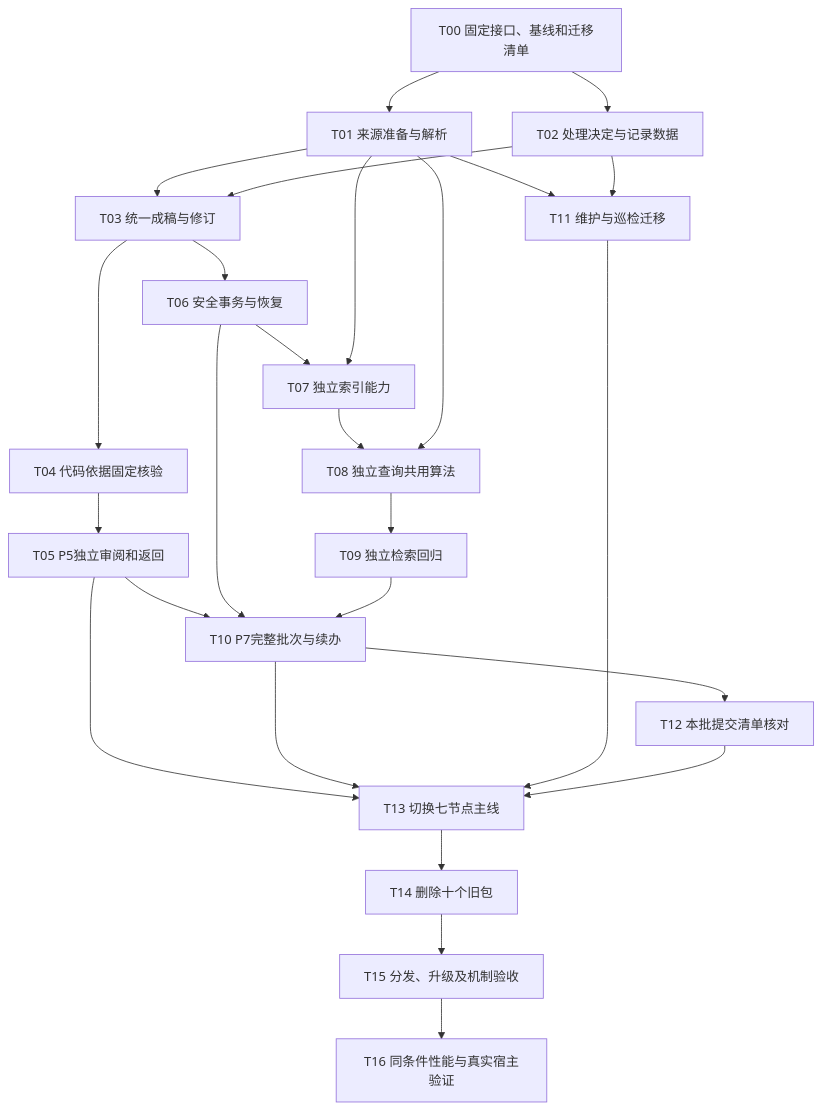
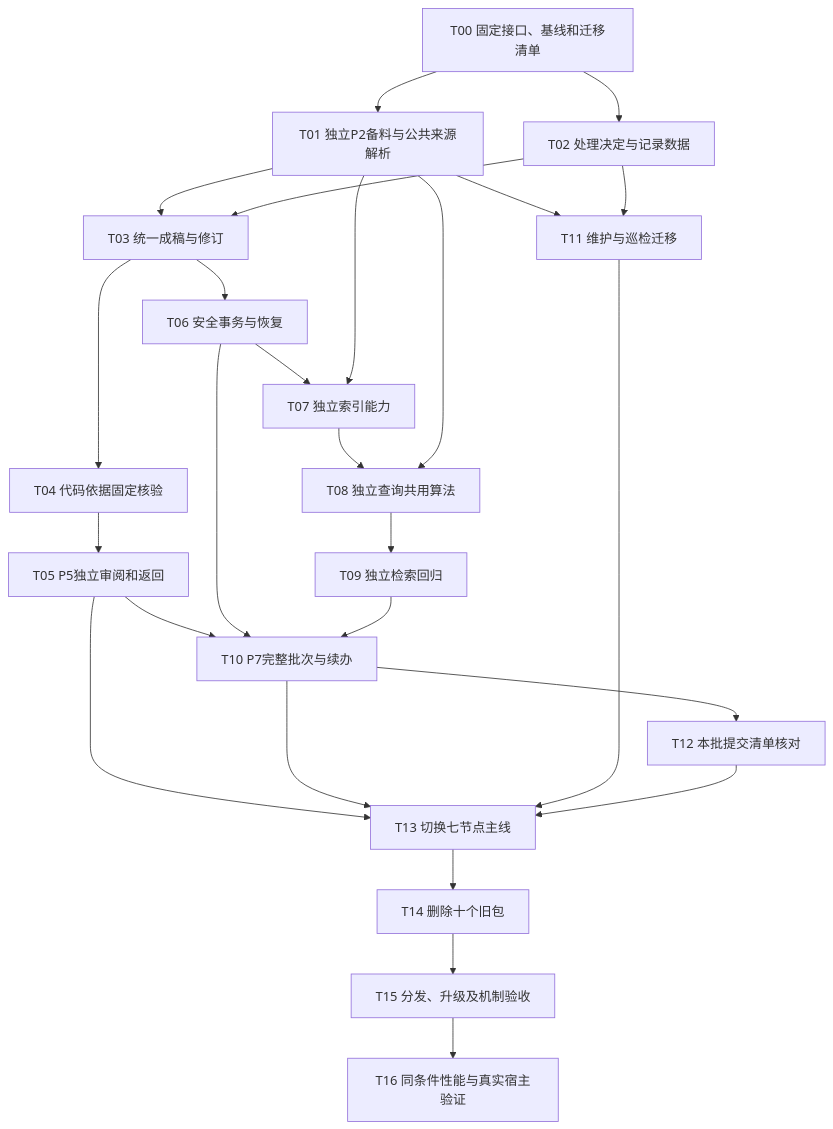
One commit to Robin-hhc/FactumCore changed the diagram in 2026-10-28-ingest-seven-stage-task-plan.md. Above: the diagram before and after it, drawn with Mermaid. The commit also changed other lines of this file and 7 other files, not shown here.

````diff
--- a/2026-10-28-ingest-seven-stage-task-plan.md
+++ b/2026-10-28-ingest-seven-stage-task-plan.md
@@ -15,39 +15,39 @@
 ```mermaid
 flowchart TD
     T00["T00 固定接口、基线和迁移清单"]
-    T01["T01 来源准备与解析"]
+    T01["T01 独立P2备料与公共来源解析"]
     T02["T02 处理决定与记录数据"]
     T03["T03 统一成稿与修订"]
     T04["T04 代码依据固定核验"]
     T05["T05 P5独立审阅和返回"]
     T06["T06 安全事务与恢复"]
     T07["T07 独立索引能力"]
     T08["T08 独立查询共用算法"]
     T09["T09 独立检索回归"]
     T10["T10 P7完整批次与续办"]
     T11["T11 维护与巡检迁移"]
     T12["T12 本批提交清单核对"]
     T13["T13 切换七节点主线"]
     T14["T14 删除十个旧包"]
     T15["T15 分发、升级及机制验收"]
     T16["T16 同条件性能与真实宿主验证"]
     T00 --> T01
     T00 --> T02
     T01 --> T03
     T02 --> T03
     T03 --> T04 --> T05
     T03 --> T06 --> T07 --> T08 --> T09
     T01 --> T07
     T01 --> T08
     T01 --> T11
     T02 --> T11
     T05 --> T10
     T06 --> T10
     T09 --> T10
     T10 --> T12
     T05 --> T13
     T10 --> T13
     T11 --> T13
     T12 --> T13
     T13 --> T14 --> T15 --> T16
 ```
````
